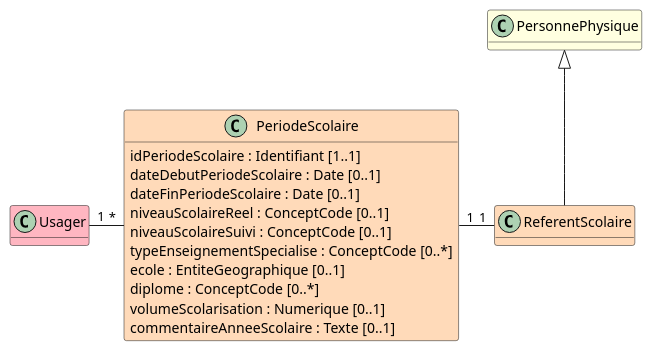
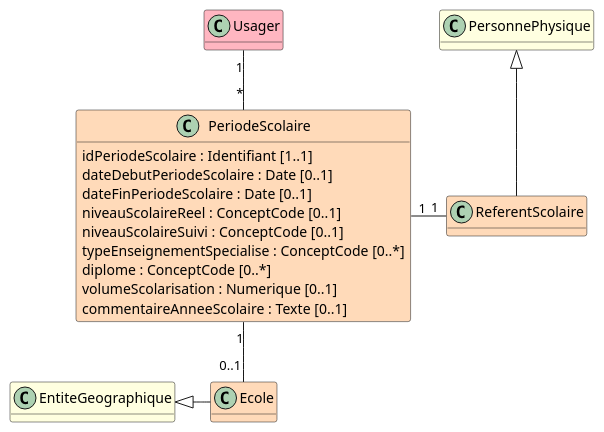
Before and after one commit to ansforge/IG-fhir-medicosocial-transfert-donnees-dui: the diagram in input/images-source/bloc_periode_scolaire.plantuml, drawn with PlantUML.

```diff
--- a/input/images-source/bloc_periode_scolaire.plantuml
+++ b/input/images-source/bloc_periode_scolaire.plantuml
@@ -1,28 +1,32 @@
 @startuml
 
 hide empty methods
 
 class Usager #LightPink
 
 class PersonnePhysique #LightYellow
 
+class EntiteGeographique #LightYellow
+
 class PeriodeScolaire #PeachPuff {
     idPeriodeScolaire : Identifiant [1..1]
     dateDebutPeriodeScolaire : Date [0..1]
     dateFinPeriodeScolaire : Date [0..1]
     niveauScolaireReel : ConceptCode [0..1]
     niveauScolaireSuivi : ConceptCode [0..1]
     typeEnseignementSpecialise : ConceptCode [0..*]
-    ecole : EntiteGeographique [0..1]
     diplome : ConceptCode [0..*]
     volumeScolarisation : Numerique [0..1]
     commentaireAnneeScolaire : Texte [0..1]
 }
 
 class ReferentScolaire #PeachPuff
+class Ecole #PeachPuff
 
-Usager "1" - "*" PeriodeScolaire
+Usager "1" -- "*" PeriodeScolaire
 PersonnePhysique <|-- ReferentScolaire
+EntiteGeographique <|- Ecole
+PeriodeScolaire "1" -- "0..1" Ecole
 PeriodeScolaire "1" - "1" ReferentScolaire
 
 @enduml
```
